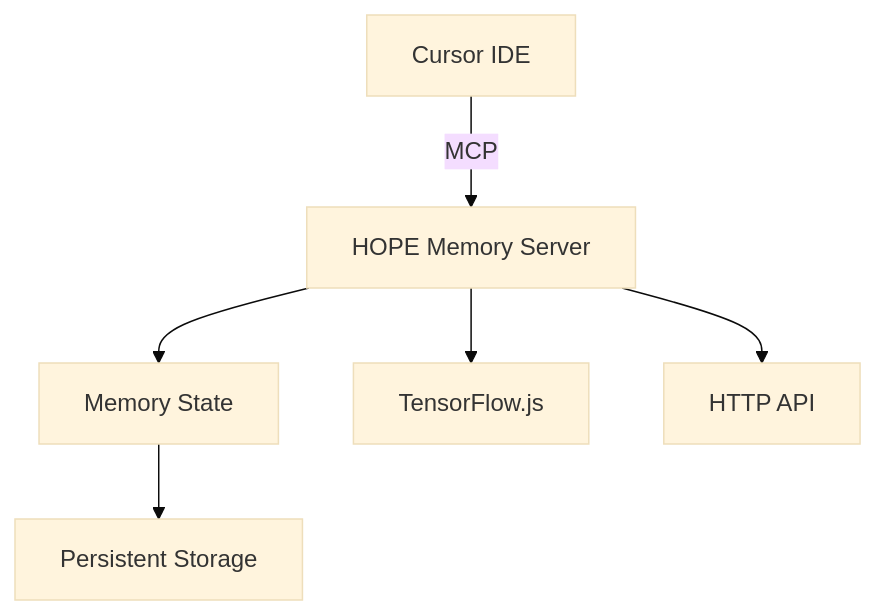
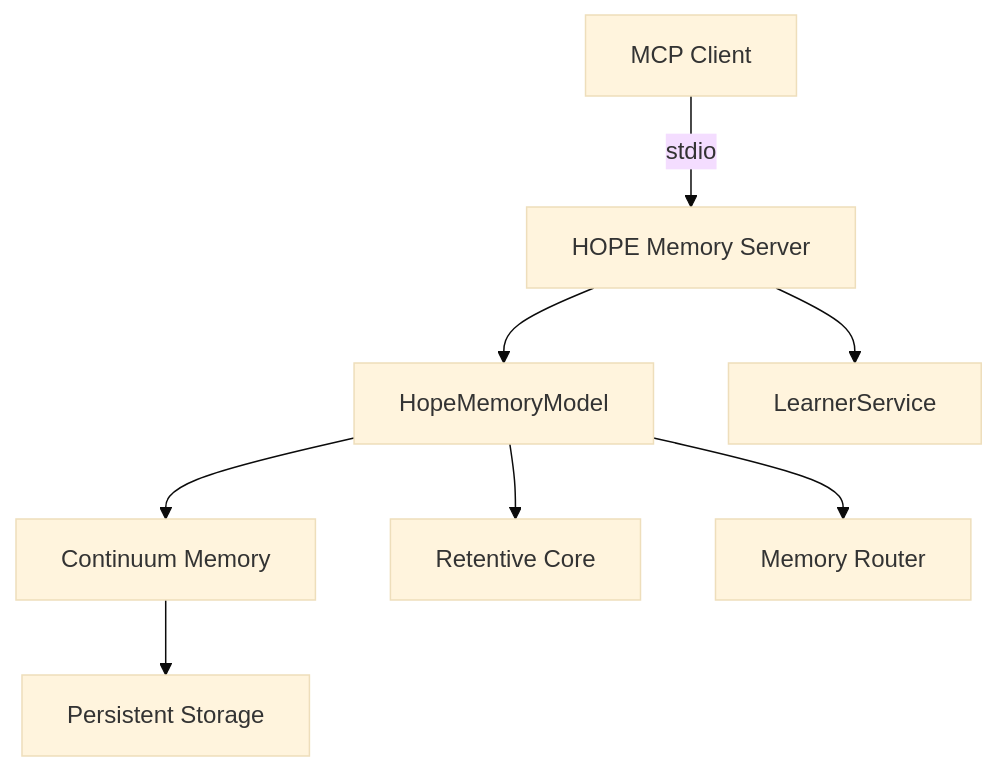
One commit to henryhawke/mcp-titan changed the diagram in docs/README.md. Above: the diagram before and after it, drawn with Mermaid (base theme). The commit also changed other lines of this file and 15 other files, not shown here.

First line of the commit message:
Refactor: Clean up architecture and documentation

````diff
--- a/docs/README.md
+++ b/docs/README.md
@@ -46,8 +64,10 @@
 ```mermaid
 graph TD
-    A[Cursor IDE] -->|MCP| B[HOPE Memory Server]
-    B --> C[Memory State]
-    B --> D[TensorFlow.js]
-    B --> E[HTTP API]
-    C --> F[Persistent Storage]
+    A[MCP Client] -->|stdio| B[HOPE Memory Server]
+    B --> C[HopeMemoryModel]
+    C --> D[Continuum Memory]
+    C --> E[Retentive Core]
+    C --> F[Memory Router]
+    B --> G[LearnerService]
+    D --> H[Persistent Storage]
 ```
````
